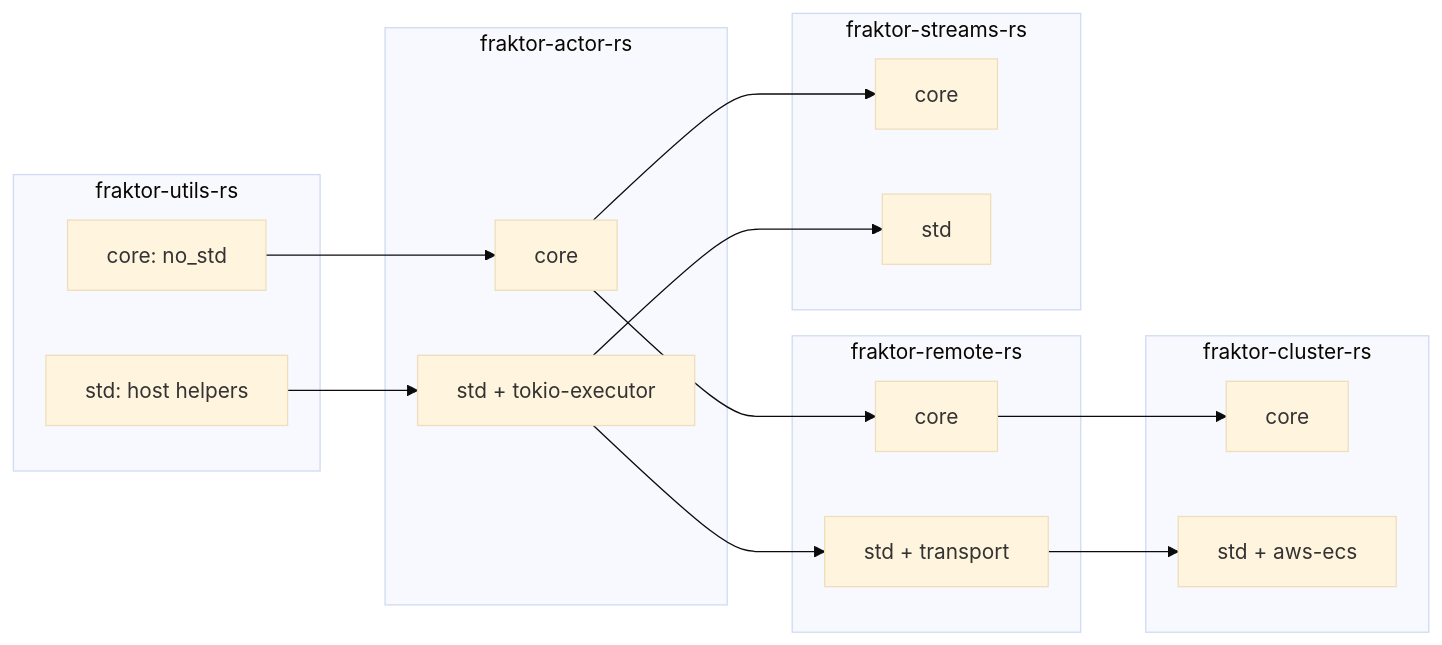
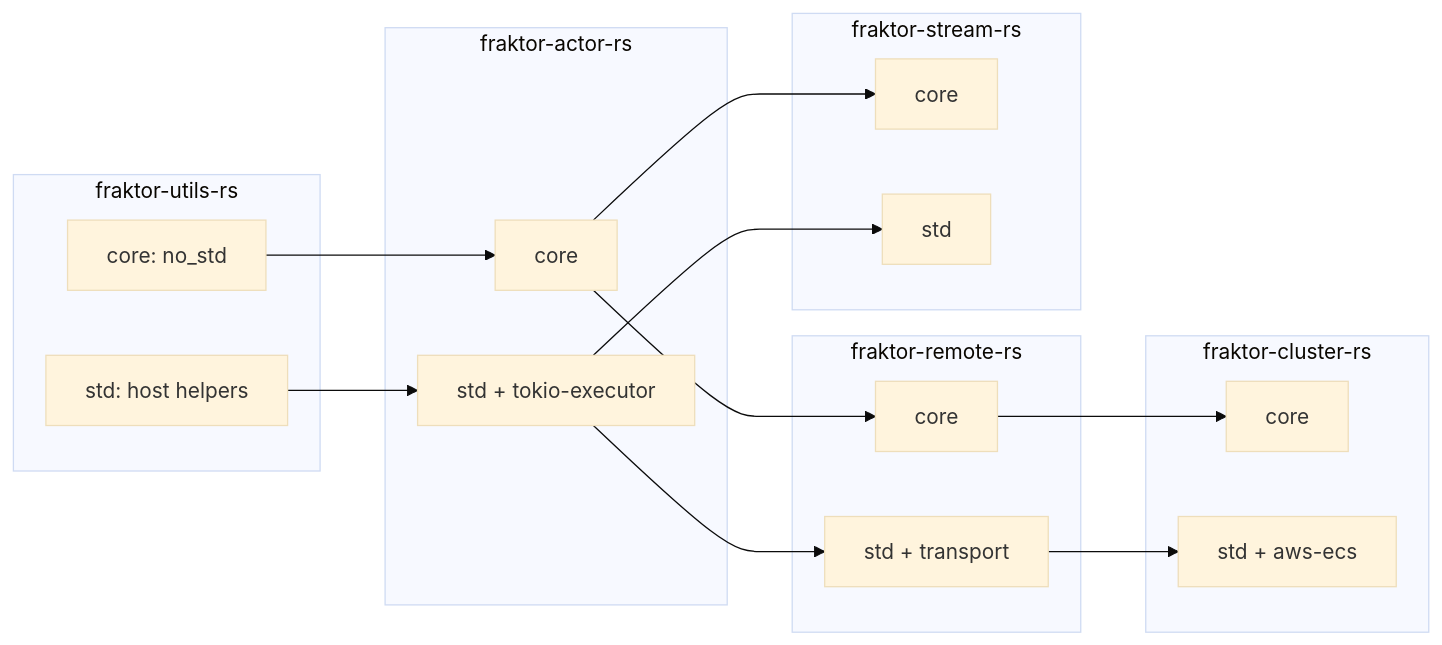
One commit to j5ik2o/fraktor-rs changed the diagram in README.ja.md. Above: the diagram before and after it, drawn with Mermaid (base theme). The commit also changed other lines of this file and 277 other files, not shown here.

First line of the commit message:
refactor: rename modules/streams to modules/stream

````diff
--- a/README.ja.md
+++ b/README.ja.md
@@ -28,32 +28,32 @@
 ```mermaid
 flowchart LR
     subgraph Utils [fraktor-utils-rs]
         UC[core: no_std]
         US[std: host helpers]
     end
     subgraph Actor [fraktor-actor-rs]
         AC[core]
         AS[std + tokio-executor]
     end
     subgraph Remote [fraktor-remote-rs]
         RC[core]
         RS[std + transport]
     end
     subgraph Cluster [fraktor-cluster-rs]
         CC[core]
         CS[std + aws-ecs]
     end
-    subgraph Streams [fraktor-streams-rs]
+    subgraph Streams [fraktor-stream-rs]
         SC[core]
         SS[std]
     end
 
     UC --> AC
     AC --> RC
     RC --> CC
     AC --> SC
     US --> AS
     AS --> RS
     RS --> CS
     AS --> SS
 ```
````
